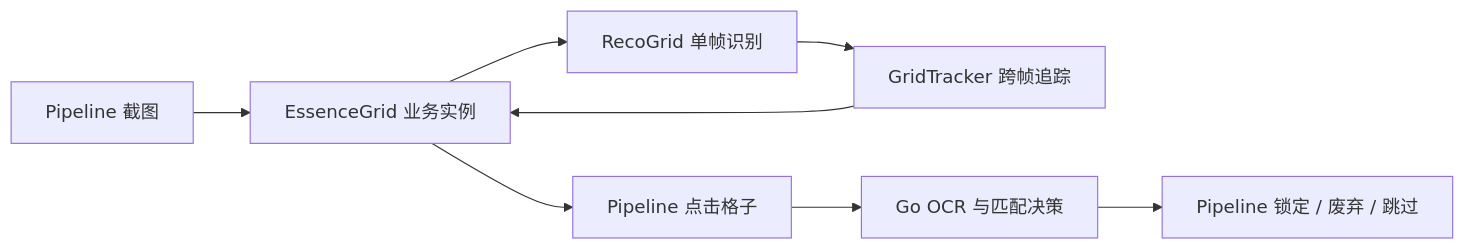
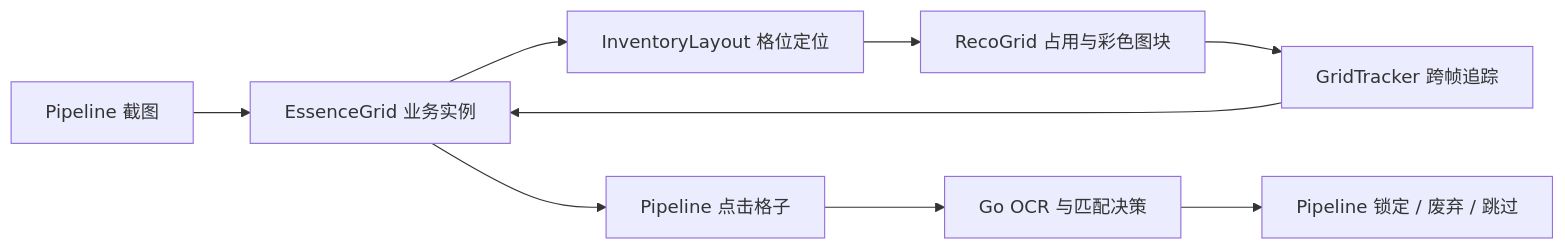
One commit to MaaEnd/MaaEnd changed the diagram in docs/zh_cn/developers/components/recogrid-engine.md. Above: the diagram before and after it, drawn with Mermaid. The commit also changed other lines of this file and 23 other files, not shown here.

````diff
--- a/docs/zh_cn/developers/components/recogrid-engine.md
+++ b/docs/zh_cn/developers/components/recogrid-engine.md
@@ -5,10 +5,11 @@
 ```mermaid
 flowchart LR
     P["Pipeline 截图"] --> E["EssenceGrid 业务实例"]
-    E --> R["RecoGrid 单帧识别"]
+    E --> L["InventoryLayout 格位定位"]
+    L --> R["RecoGrid 占用与彩色图块"]
     R --> T["GridTracker 跨帧追踪"]
     T --> E
     E --> C["Pipeline 点击格子"]
     C --> G["Go OCR 与匹配决策"]
     G --> A["Pipeline 锁定 / 废弃 / 跳过"]
 ```
````
